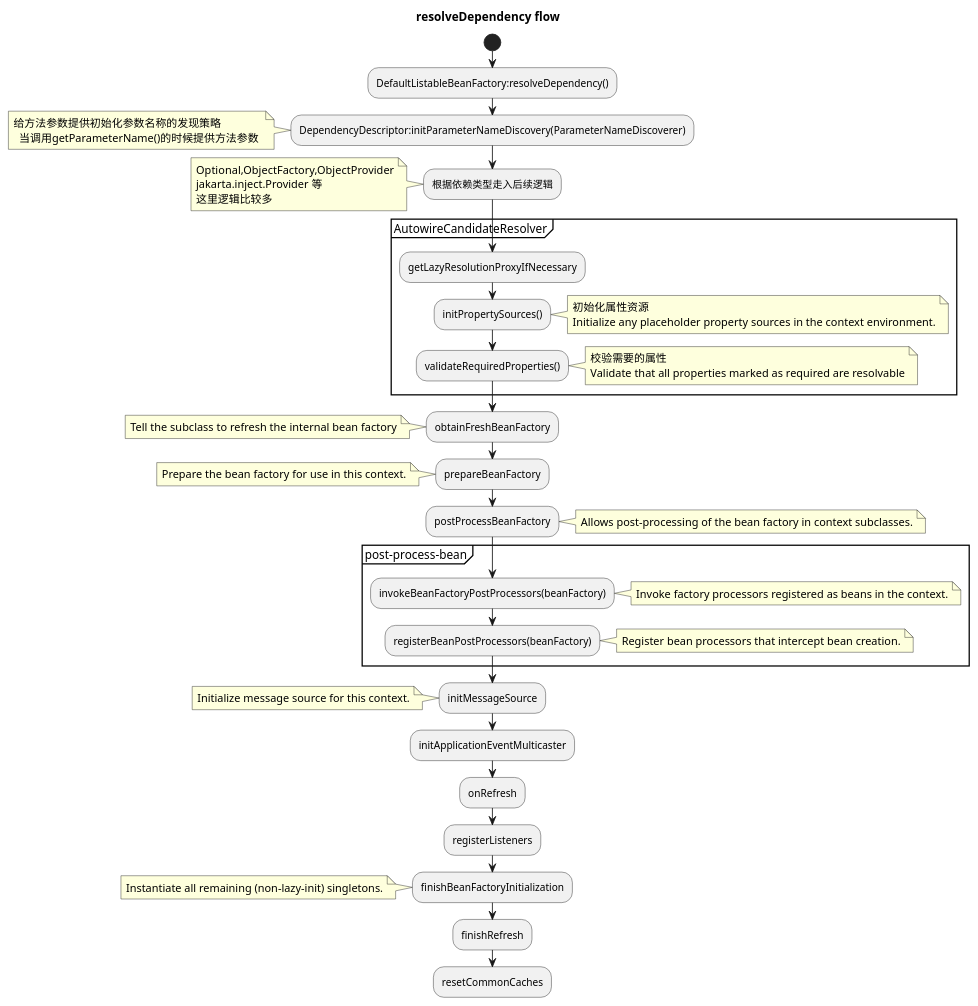
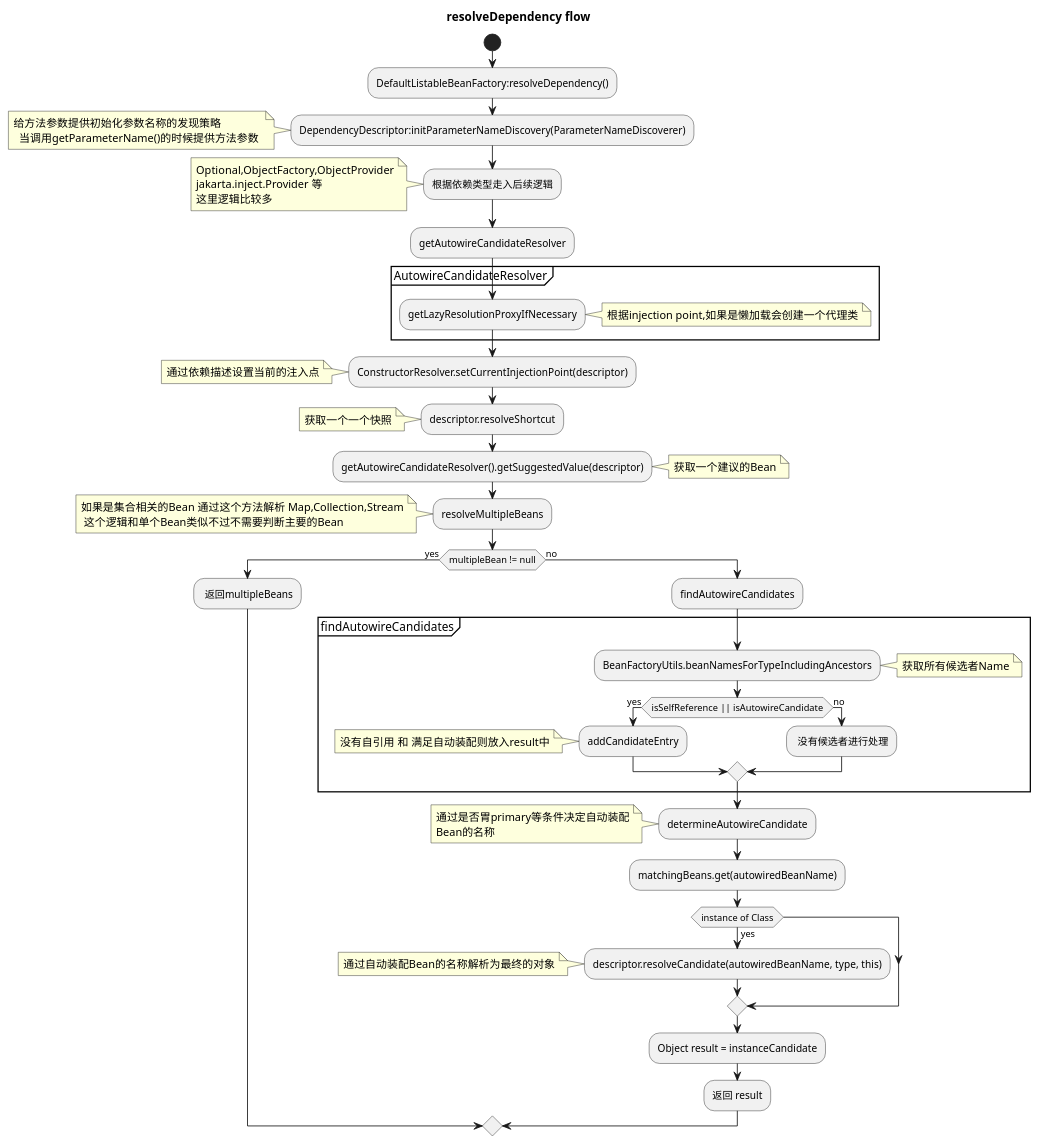
Before and after one commit to FantasybabyChange/thinking-in-spring: the diagram in learn-ioc/doc/pics/resolveDependencyFlow.puml, drawn with PlantUML. The commit also changed 3 other files, not shown here.

```diff
--- a/learn-ioc/doc/pics/resolveDependencyFlow.puml
+++ b/learn-ioc/doc/pics/resolveDependencyFlow.puml
@@ -1,65 +1,74 @@
 @startuml resolveDependencyFlow
 title resolveDependency flow
 ' !theme sketchy-outline
 start
 :DefaultListableBeanFactory:resolveDependency();
 :DependencyDescriptor:initParameterNameDiscovery(ParameterNameDiscoverer);
 note left
 给方法参数提供初始化参数名称的发现策略
   当调用getParameterName()的时候提供方法参数 
 end note
 :根据依赖类型走入后续逻辑;
 note left
    Optional,ObjectFactory,ObjectProvider
    jakarta.inject.Provider 等
    这里逻辑比较多 
 end note
+:getAutowireCandidateResolver;
 partition AutowireCandidateResolver{
+
 :getLazyResolutionProxyIfNecessary;
-:initPropertySources();
 note right
- 初始化属性资源
- Initialize any placeholder property sources in the context environment.
-end note
-:validateRequiredProperties();
-note right
- 校验需要的属性
- Validate that all properties marked as required are resolvable
+  根据injection point,如果是懒加载会创建一个代理类
 end note
 }
-:obtainFreshBeanFactory;
+:ConstructorResolver.setCurrentInjectionPoint(descriptor);
 note left
-Tell the subclass to refresh the internal bean factory
+通过依赖描述设置当前的注入点
 end note
-:prepareBeanFactory;
+:descriptor.resolveShortcut;
 note left
-Prepare the bean factory for use in this context.
+获取一个一个快照
 end note
-:postProcessBeanFactory;
+:getAutowireCandidateResolver().getSuggestedValue(descriptor);
 note right
-Allows post-processing of the bean factory in context subclasses.
+获取一个建议的Bean
 end note
-partition post-process-bean {
-:invokeBeanFactoryPostProcessors(beanFactory);
+:resolveMultipleBeans;
+note left
+ 如果是集合相关的Bean 通过这个方法解析 Map,Collection,Stream
+  这个逻辑和单个Bean类似不过不需要判断主要的Bean
+end note
+if(multipleBean != null)then(yes)
+: 返回multipleBeans;
+else(no)
+:findAutowireCandidates;
+partition findAutowireCandidates{
+  :BeanFactoryUtils.beanNamesForTypeIncludingAncestors;
 note right
-Invoke factory processors registered as beans in the context.
+获取所有候选者Name
 end note
-:registerBeanPostProcessors(beanFactory);
-note right
-Register bean processors that intercept bean creation.
+if(isSelfReference || isAutowireCandidate) then(yes)
+  :addCandidateEntry;
+note left
+没有自引用 和 满足自动装配则放入result中
 end note
+else(no)
+ : 没有候选者进行处理;
+endif
 }
-:initMessageSource;
+:determineAutowireCandidate;
 note left
- Initialize message source for this context.
+通过是否胃primary等条件决定自动装配
+Bean的名称
 end note
-:initApplicationEventMulticaster;
-:onRefresh;
-:registerListeners;
-:finishBeanFactoryInitialization;
-note left 
-Instantiate all remaining (non-lazy-init) singletons.
-end note 
-:finishRefresh;
-:resetCommonCaches;
+:matchingBeans.get(autowiredBeanName);
+if(instance of Class)then(yes)
+  :descriptor.resolveCandidate(autowiredBeanName, type, this);
+  note left
+  通过自动装配Bean的名称解析为最终的对象
+  end note
+endif
+:Object result = instanceCandidate;
+:返回 result;
 @enduml
```
